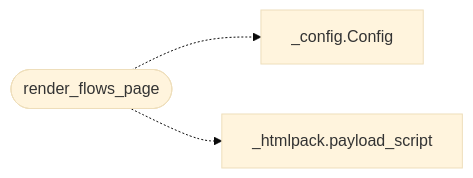
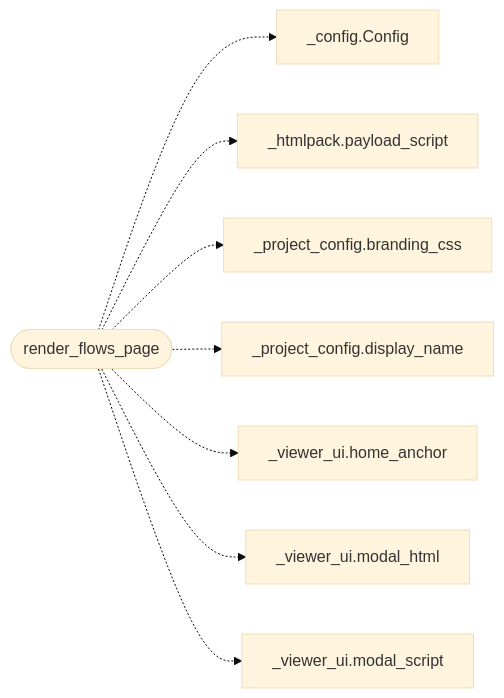
One commit to grisuno/ReadMenator changed the diagram in readmenator-apidocs/modules/readmenator._flowpage.py.md. Above: the diagram before and after it, drawn with Mermaid (base theme). The commit also changed other lines of this file and 334 other files, not shown here.

````diff
--- a/readmenator-apidocs/modules/readmenator._flowpage.py.md
+++ b/readmenator-apidocs/modules/readmenator._flowpage.py.md
@@ -26,8 +26,18 @@
 ```mermaid
 flowchart LR
     n_readmenator__flowpage_py__render_flows_page(["render_flows_page"])
     n_readmenator__config_py__Config["_config.Config"]
     n_readmenator__htmlpack_py__payload_script["_htmlpack.payload_script"]
+    n_readmenator__project_config_py__branding_css["_project_config.branding_css"]
+    n_readmenator__project_config_py__display_name["_project_config.display_name"]
+    n_readmenator__viewer_ui_py__home_anchor["_viewer_ui.home_anchor"]
+    n_readmenator__viewer_ui_py__modal_html["_viewer_ui.modal_html"]
+    n_readmenator__viewer_ui_py__modal_script["_viewer_ui.modal_script"]
     n_readmenator__flowpage_py__render_flows_page -.-> n_readmenator__config_py__Config
     n_readmenator__flowpage_py__render_flows_page -.-> n_readmenator__htmlpack_py__payload_script
+    n_readmenator__flowpage_py__render_flows_page -.-> n_readmenator__project_config_py__branding_css
+    n_readmenator__flowpage_py__render_flows_page -.-> n_readmenator__project_config_py__display_name
+    n_readmenator__flowpage_py__render_flows_page -.-> n_readmenator__viewer_ui_py__home_anchor
+    n_readmenator__flowpage_py__render_flows_page -.-> n_readmenator__viewer_ui_py__modal_html
+    n_readmenator__flowpage_py__render_flows_page -.-> n_readmenator__viewer_ui_py__modal_script
 ```
````
